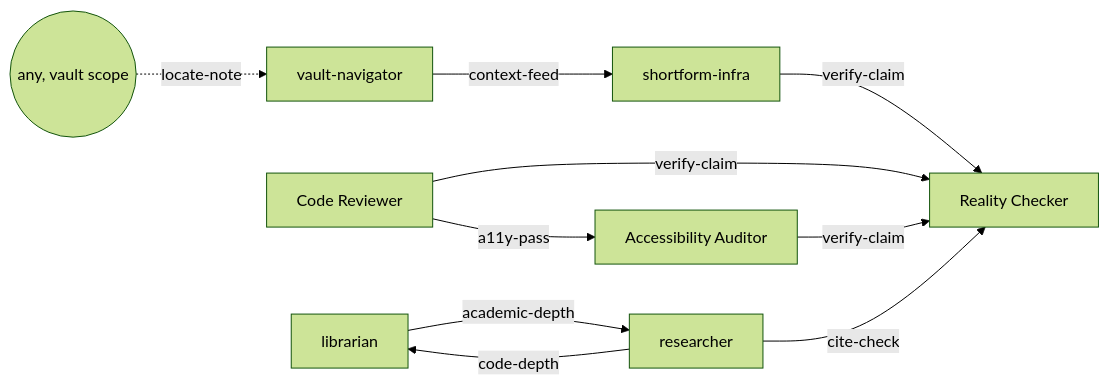
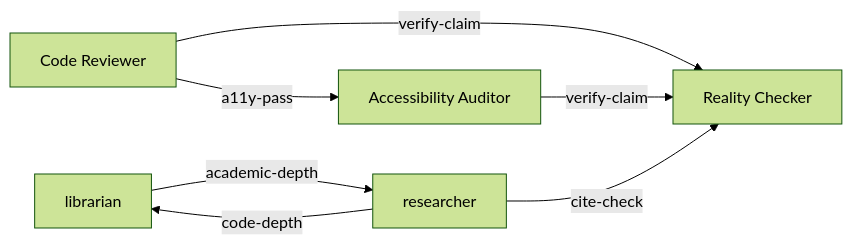
One commit to kevincorvallis/dotfiles changed the diagram in .config/claude/AGENT-GRAPH.md. Above: the diagram before and after it, drawn with Mermaid (forest theme). The commit also changed other lines of this file and 77 other files, not shown here.

````diff
--- a/.config/claude/AGENT-GRAPH.md
+++ b/.config/claude/AGENT-GRAPH.md
@@ -28,12 +26,9 @@
 ```mermaid
 graph LR
-  VN[vault-navigator] -->|context-feed| SI[shortform-infra]
-  SI -->|verify-claim| RC[Reality Checker]
-  CR[Code Reviewer] -->|verify-claim| RC
+  CR[Code Reviewer] -->|verify-claim| RC[Reality Checker]
   CR -->|a11y-pass| AA[Accessibility Auditor]
   AA -->|verify-claim| RC
   LB[librarian] -->|academic-depth| RS[researcher]
   RS -->|code-depth| LB
   RS -->|cite-check| RC
-  ANY((any, vault scope)) -.->|locate-note| VN
 ```
````
